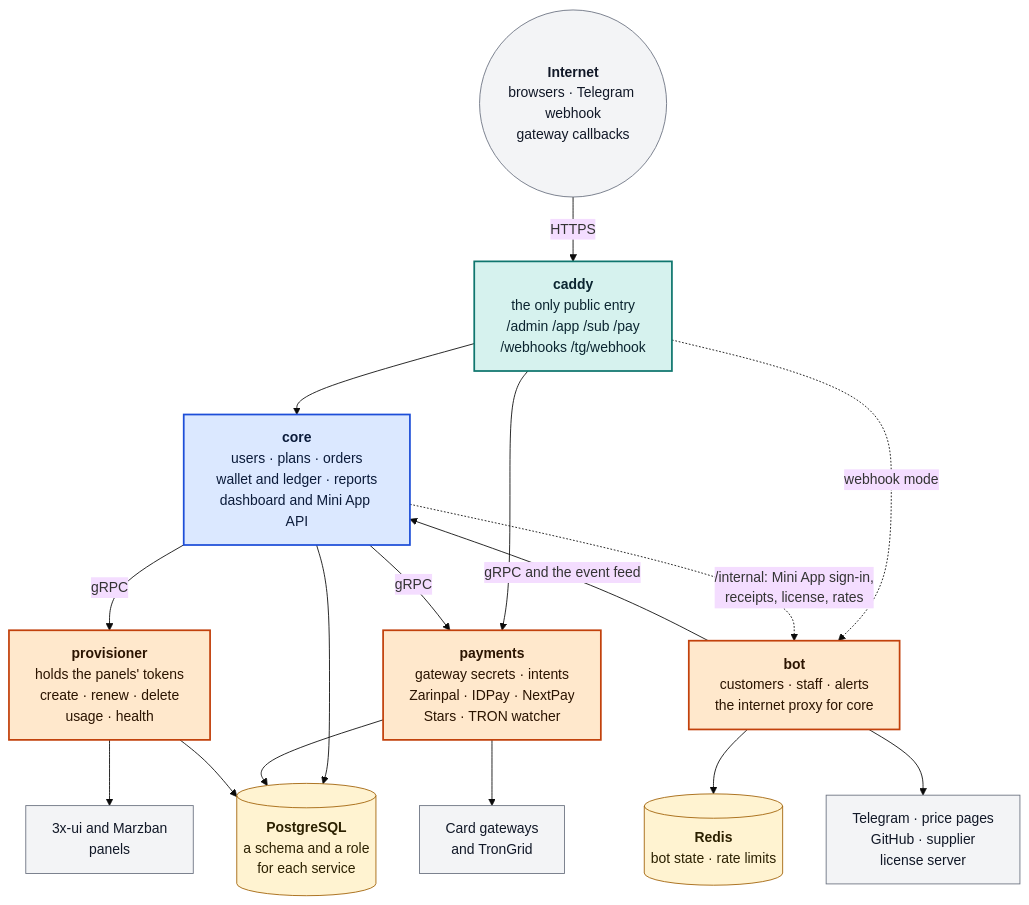
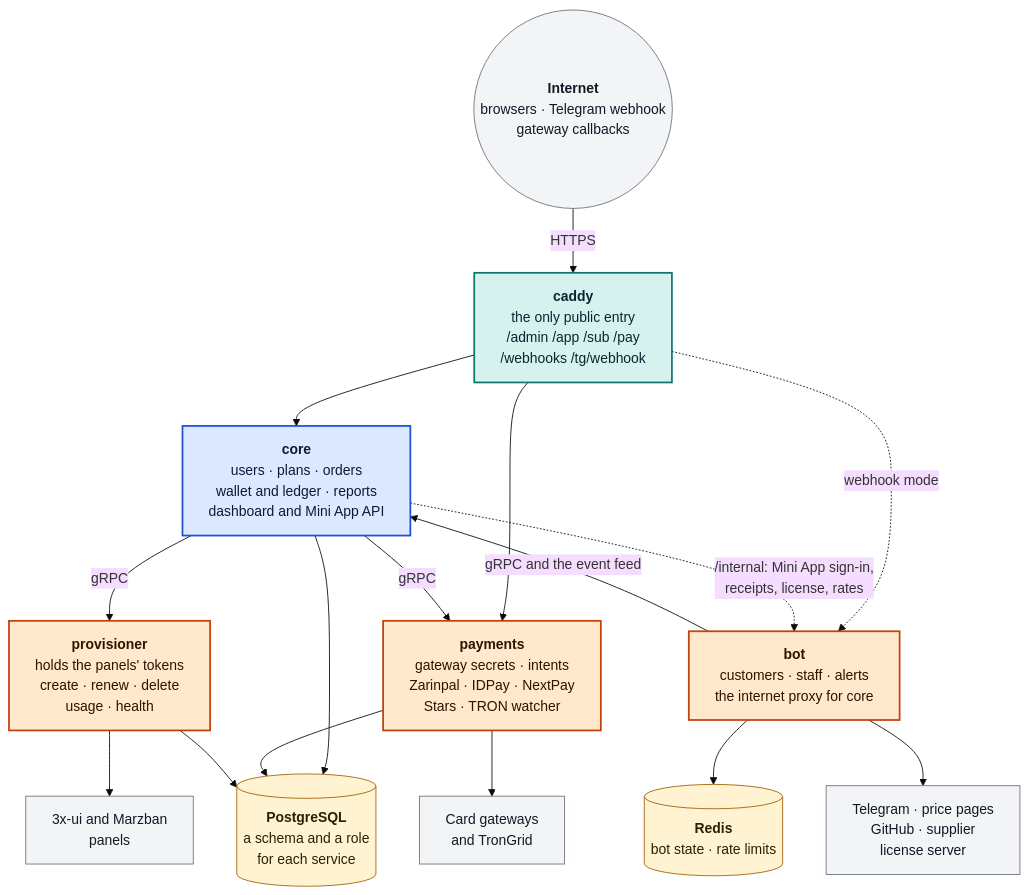
Before and after one commit to sobhanaz/bobres-3x-ui-telegram-panel: the second of 6 diagrams in README.md, drawn with Mermaid (base theme). The commit also changed other lines of this file, not shown here.

First line of the commit message:
README: let GitHub draw the diagrams without ragged labels

````diff
--- a/README.md
+++ b/README.md
@@ -330,41 +331,42 @@
 ```mermaid
+%%{init: {"flowchart": {"wrappingWidth": 300}}}%%
 flowchart TB
     web(("<b>Internet</b><br/>browsers · Telegram webhook<br/>gateway callbacks"))
     caddy["<b>caddy</b><br/>the only public entry<br/>/admin /app /sub /pay<br/>/webhooks /tg/webhook"]
     bot["<b>bot</b><br/>customers · staff · alerts<br/>the internet proxy for core"]
     core["<b>core</b><br/>users · plans · orders<br/>wallet and ledger · reports<br/>dashboard and Mini App API"]
     payments["<b>payments</b><br/>gateway secrets · intents<br/>Zarinpal · IDPay · NextPay<br/>Stars · TRON watcher"]
     prov["<b>provisioner</b><br/>holds the panels' tokens<br/>create · renew · delete<br/>usage · health"]
     pg[("<b>PostgreSQL</b><br/>a schema and a role<br/>for each service")]
     redis[("<b>Redis</b><br/>bot state · rate limits")]
     inet["Telegram · price pages<br/>GitHub · supplier<br/>license server"]
     gateways["Card gateways<br/>and TronGrid"]
     panels["3x-ui and Marzban<br/>panels"]
 
     web -->|"HTTPS"| caddy
     caddy --> core
     caddy --> payments
     caddy -.->|"webhook mode"| bot
     bot -->|"gRPC and the event feed"| core
     core -->|"gRPC"| payments
     core -->|"gRPC"| prov
     core -.->|"/internal: Mini App sign-in,<br/>receipts, license, rates"| bot
     core --> pg
     payments --> pg
     prov --> pg
     bot --> redis
     bot --> inet
     payments --> gateways
     prov --> panels
 
     classDef entry fill:#d6f2ee,stroke:#0f766e,stroke-width:2px,color:#0b2530
     classDef online fill:#ffe8cc,stroke:#c2410c,stroke-width:2px,color:#2b1400
     classDef private fill:#dbe8ff,stroke:#1d4ed8,stroke-width:2px,color:#0b1b3a
     classDef data fill:#fff3d1,stroke:#a16207,color:#2b2000
     classDef outside fill:#f3f4f6,stroke:#6b7280,color:#111827
     class caddy entry
     class bot,payments,prov online
     class core private
     class pg,redis data
     class web,inet,gateways,panels outside
 ```
````
